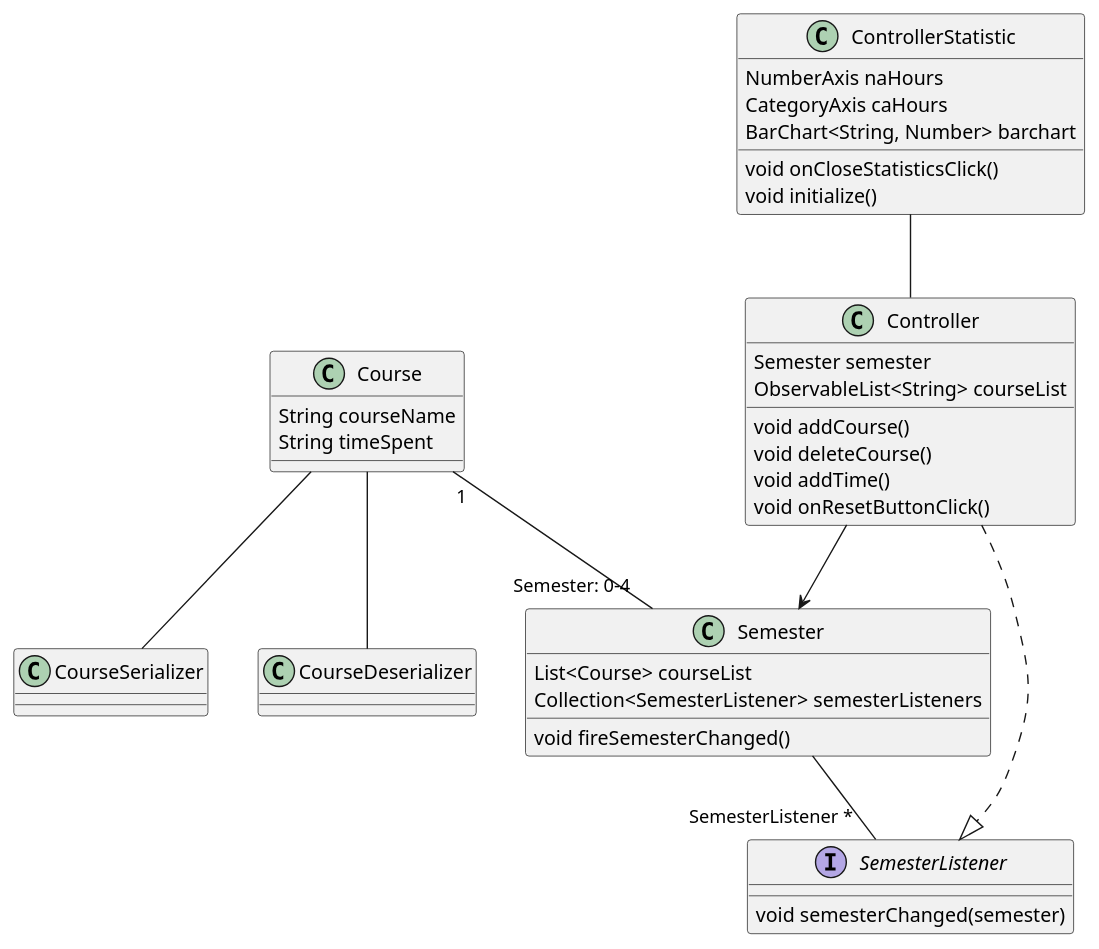
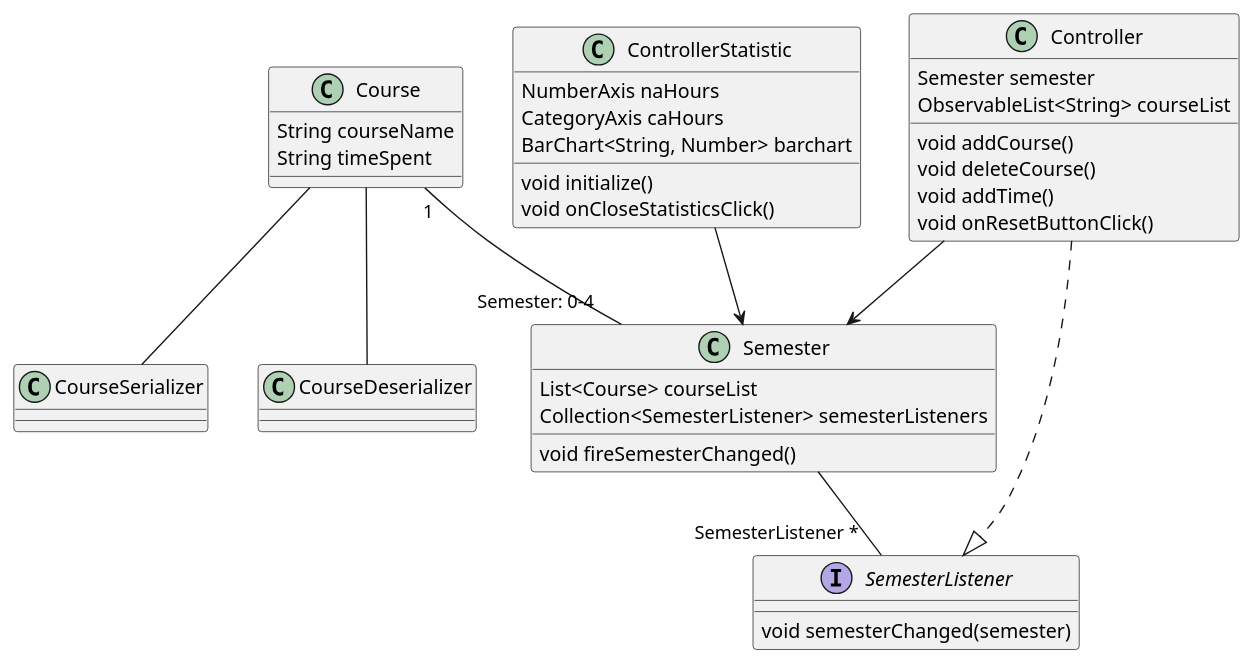
Before and after one commit to bmksimons/studytracker: the second of 4 diagrams in IT1901/README.md, drawn with PlantUML.

````diff
--- a/IT1901/README.md
+++ b/IT1901/README.md
@@ -104,39 +104,40 @@
 ```plantuml
 @startuml
 interface SemesterListener
 class Course
 class Semester
 class CourseSerializer
 class CourseDeserializer
 class Controller
 class ControllerStatistic
 
 Course "1" -- "Semester: 0-4" Semester
 Controller ..|> SemesterListener
 Semester -- "SemesterListener *" SemesterListener
 Course -- CourseSerializer
 Course -- CourseDeserializer
 Controller --> Semester
-ControllerStatistic -- Controller
+ControllerStatistic --> Semester
 
 Course : String courseName
 Course : String timeSpent
 Semester : List<Course> courseList
 Semester : Collection<SemesterListener> semesterListeners
 Semester : void fireSemesterChanged()
 SemesterListener : void semesterChanged(semester)
 Controller : Semester semester
 Controller : ObservableList<String> courseList
 Controller : void addCourse()
 Controller : void deleteCourse()
 Controller : void addTime()
 Controller : void onResetButtonClick()
 ControllerStatistic : NumberAxis naHours
 ControllerStatistic : CategoryAxis caHours
 ControllerStatistic : BarChart<String, Number> barchart
+ControllerStatistic : void initialize()
 ControllerStatistic : void onCloseStatisticsClick()
-ControllerStatistic : void initialize()
+
 
 
 @enduml
 ```
````
